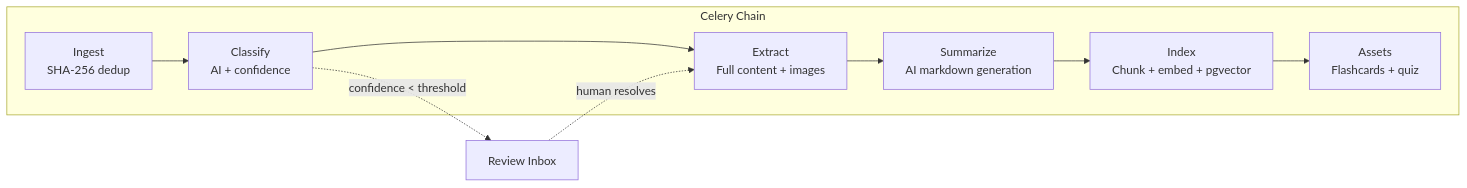
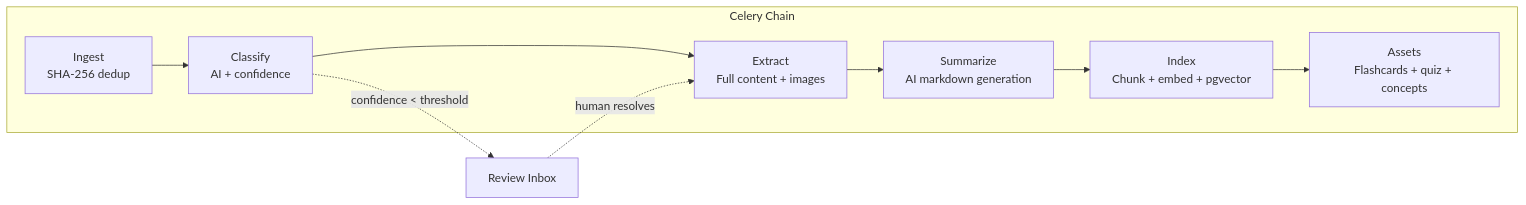
One commit to alcybersec/StudyAIO changed the second of 4 diagrams in docs/architecture.md. Above: the diagram before and after it, drawn with Mermaid. The commit also changed other lines of this file and 30 other files, not shown here.

````diff
--- a/docs/architecture.md
+++ b/docs/architecture.md
@@ -65,13 +100,13 @@
 ```mermaid
 graph LR
     subgraph "Celery Chain"
         I[Ingest<br/>SHA-256 dedup] --> CL[Classify<br/>AI + confidence]
         CL --> E[Extract<br/>Full content + images]
         E --> S[Summarize<br/>AI markdown generation]
         S --> IX[Index<br/>Chunk + embed + pgvector]
-        IX --> A[Assets<br/>Flashcards + quiz]
+        IX --> A[Assets<br/>Flashcards + quiz + concepts]
     end
 
     CL -.->|"confidence < threshold"| R[Review Inbox]
     R -.->|"human resolves"| E
 ```
````
